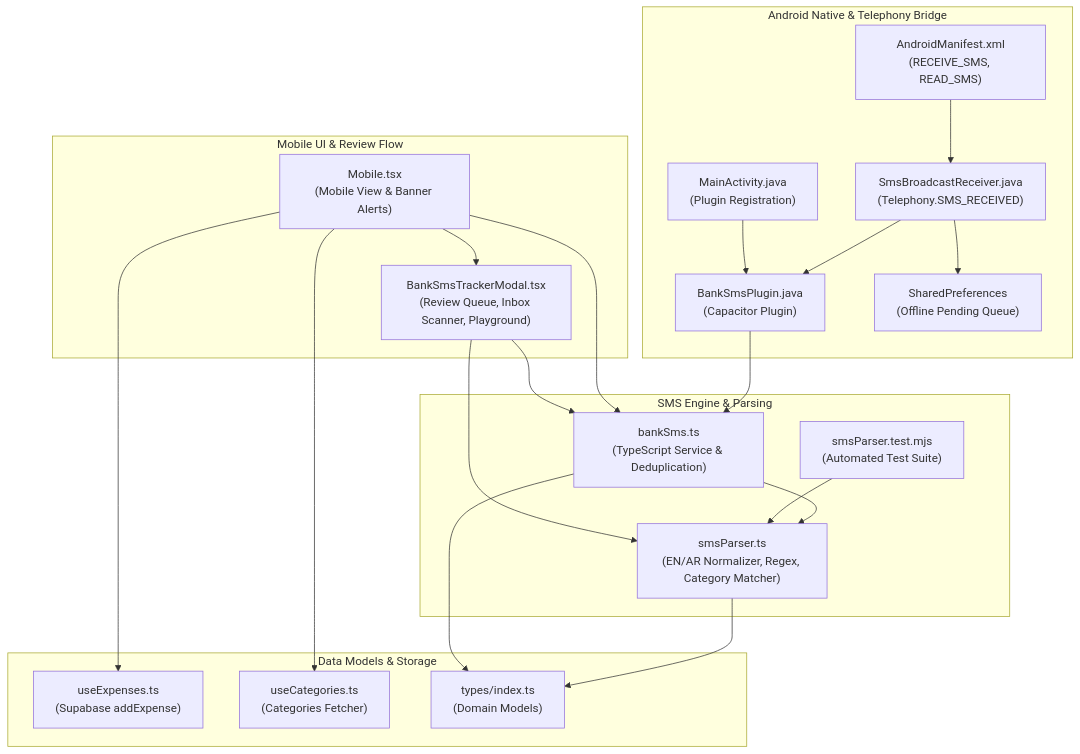
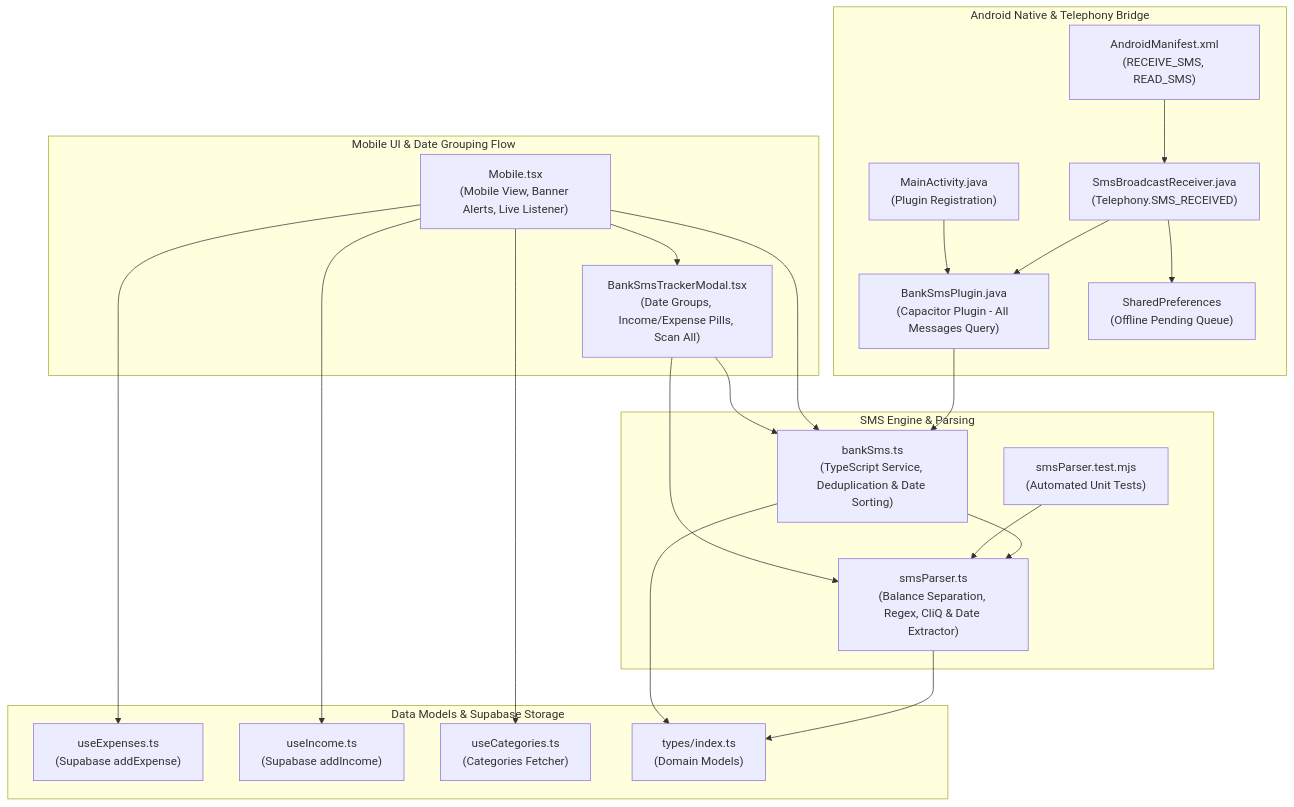
Before and after one commit to KhaledAbuQ/expense_tracker: the diagram in graphify-out/GRAPH_REPORT.md, drawn with Mermaid. The commit also changed other lines of this file and 7 other files, not shown here.

Commit message:
feat(sms): organize bank messages by date, add income support, and enhance Jordanian bank formats

````diff
--- a/graphify-out/GRAPH_REPORT.md
+++ b/graphify-out/GRAPH_REPORT.md
@@ -12,43 +24,45 @@
 ```mermaid
 graph TD
     subgraph Android Native [Android Native & Telephony Bridge]
         Manifest["AndroidManifest.xml<br/>(RECEIVE_SMS, READ_SMS)"]
         Receiver["SmsBroadcastReceiver.java<br/>(Telephony.SMS_RECEIVED)"]
-        Plugin["BankSmsPlugin.java<br/>(Capacitor Plugin)"]
+        Plugin["BankSmsPlugin.java<br/>(Capacitor Plugin - All Messages Query)"]
         MainActivity["MainActivity.java<br/>(Plugin Registration)"]
         Prefs["SharedPreferences<br/>(Offline Pending Queue)"]
     end
 
     subgraph SMS Engine [SMS Engine & Parsing]
-        Parser["smsParser.ts<br/>(EN/AR Normalizer, Regex, Category Matcher)"]
-        Bridge["bankSms.ts<br/>(TypeScript Service & Deduplication)"]
-        Tests["smsParser.test.mjs<br/>(Automated Test Suite)"]
+        Parser["smsParser.ts<br/>(Balance Separation, Regex, CliQ & Date Extractor)"]
+        Bridge["bankSms.ts<br/>(TypeScript Service, Deduplication & Date Sorting)"]
+        Tests["smsParser.test.mjs<br/>(Automated Unit Tests)"]
     end
 
-    subgraph Mobile UI [Mobile UI & Review Flow]
-        Mobile["Mobile.tsx<br/>(Mobile View & Banner Alerts)"]
-        Modal["BankSmsTrackerModal.tsx<br/>(Review Queue, Inbox Scanner, Playground)"]
+    subgraph Mobile UI [Mobile UI & Date Grouping Flow]
+        Mobile["Mobile.tsx<br/>(Mobile View, Banner Alerts, Live Listener)"]
+        Modal["BankSmsTrackerModal.tsx<br/>(Date Groups, Income/Expense Pills, Scan All)"]
     end
 
-    subgraph Data Layer [Data Models & Storage]
+    subgraph Data Layer [Data Models & Supabase Storage]
         UseExpenses["useExpenses.ts<br/>(Supabase addExpense)"]
+        UseIncome["useIncome.ts<br/>(Supabase addIncome)"]
         UseCategories["useCategories.ts<br/>(Categories Fetcher)"]
         Types["types/index.ts<br/>(Domain Models)"]
     end
 
     Manifest --> Receiver
     Receiver --> Prefs
     Receiver --> Plugin
     MainActivity --> Plugin
     Plugin --> Bridge
     Bridge --> Parser
     Tests --> Parser
     Parser --> Types
     Bridge --> Types
     Mobile --> Modal
     Mobile --> Bridge
     Mobile --> UseExpenses
+    Mobile --> UseIncome
     Mobile --> UseCategories
     Modal --> Bridge
     Modal --> Parser
 ```
````
